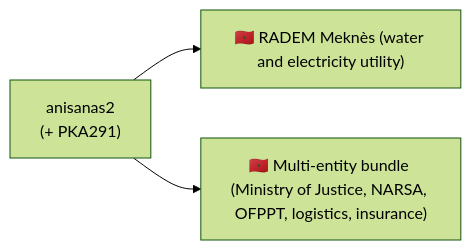
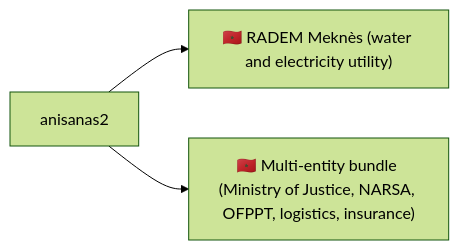
One commit to Hatchepsoute/AFRINTEL changed the sixth of 6 diagrams in visual-intelligence/05-may/actors_may_2026.md. Above: the diagram before and after it, drawn with Mermaid (forest theme). The commit also changed other lines of this file and 39 other files, not shown here.

````diff
--- a/visual-intelligence/05-may/actors_may_2026.md
+++ b/visual-intelligence/05-may/actors_may_2026.md
@@ -82,5 +82,5 @@
 ```mermaid
 flowchart LR
-ANI["anisanas2\n(+ PKA291)"] --> RADEM["🇲🇦 RADEM Meknès (water and electricity utility)"]
+ANI["anisanas2"] --> RADEM["🇲🇦 RADEM Meknès (water and electricity utility)"]
 ANI --> BUNDLE["🇲🇦 Multi-entity bundle (Ministry of Justice, NARSA, OFPPT, logistics, insurance)"]
 ```
````
